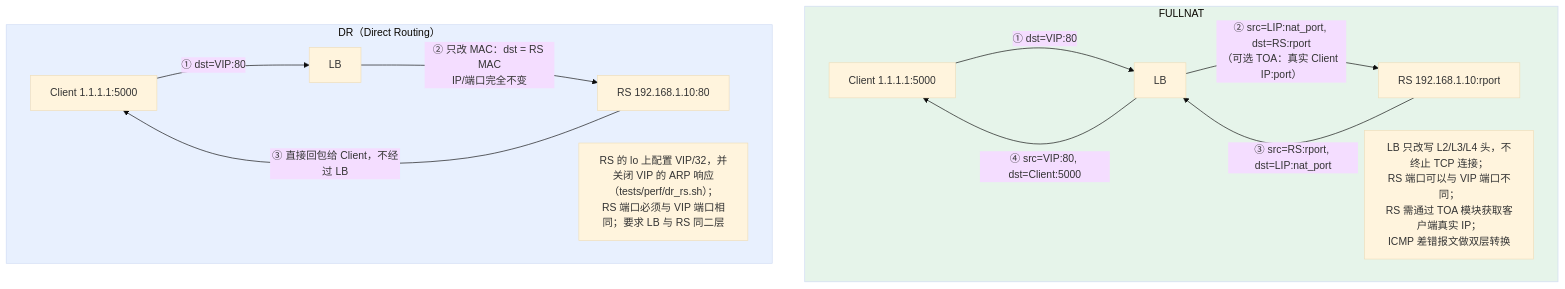
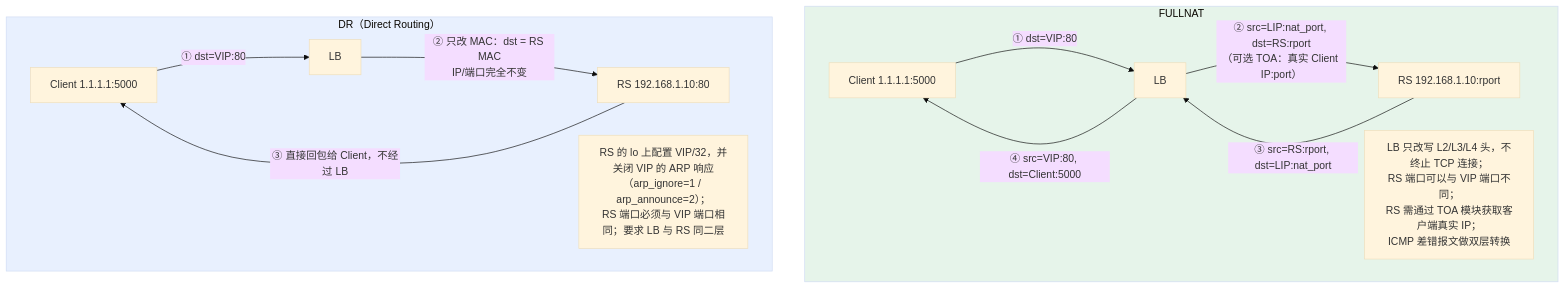
The fifth of 6 diagrams in docs/架构图.md (lymdgit/l4-loadbalancer), drawn with Mermaid (base theme) before and after one commit. The commit also changed other lines of this file and 19 other files, not shown here.

````diff
--- a/docs/架构图.md
+++ b/docs/架构图.md
@@ -247,20 +247,20 @@
 ```mermaid
 graph TB
     subgraph FULLNAT["FULLNAT"]
         C1["Client 1.1.1.1:5000"] -->|"① dst=VIP:80"| LB1["LB"]
         LB1 -->|"② src=LIP:nat_port, dst=RS:rport<br/>（可选 TOA：真实 Client IP:port）"| RS1["RS 192.168.1.10:rport"]
         RS1 -->|"③ src=RS:rport, dst=LIP:nat_port"| LB1
         LB1 -->|"④ src=VIP:80, dst=Client:5000"| C1
         N1["LB 只改写 L2/L3/L4 头，不终止 TCP 连接；<br/>RS 端口可以与 VIP 端口不同；<br/>RS 需通过 TOA 模块获取客户端真实 IP；<br/>ICMP 差错报文做双层转换"]
     end
 
     subgraph DR["DR（Direct Routing）"]
         C2["Client 1.1.1.1:5000"] -->|"① dst=VIP:80"| LB2["LB"]
         LB2 -->|"② 只改 MAC：dst = RS MAC<br/>IP/端口完全不变"| RS2["RS 192.168.1.10:80"]
         RS2 -->|"③ 直接回包给 Client，不经过 LB"| C2
-        N2["RS 的 lo 上配置 VIP/32，并关闭 VIP 的 ARP 响应（tests/perf/dr_rs.sh）；<br/>RS 端口必须与 VIP 端口相同；要求 LB 与 RS 同二层"]
+        N2["RS 的 lo 上配置 VIP/32，并关闭 VIP 的 ARP 响应（arp_ignore=1 / arp_announce=2）；<br/>RS 端口必须与 VIP 端口相同；要求 LB 与 RS 同二层"]
     end
 
     style FULLNAT fill:#e6f4ea
     style DR fill:#e8f0fe
 ```
````
